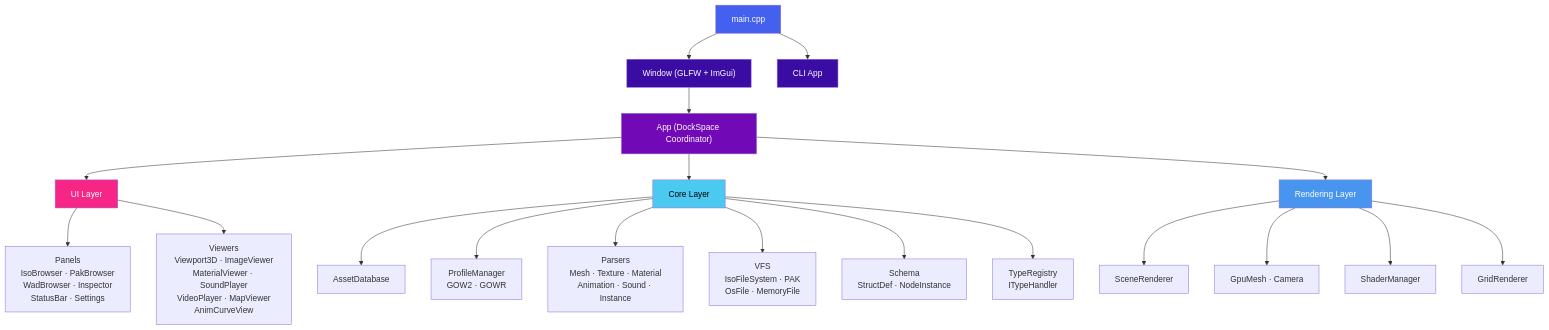
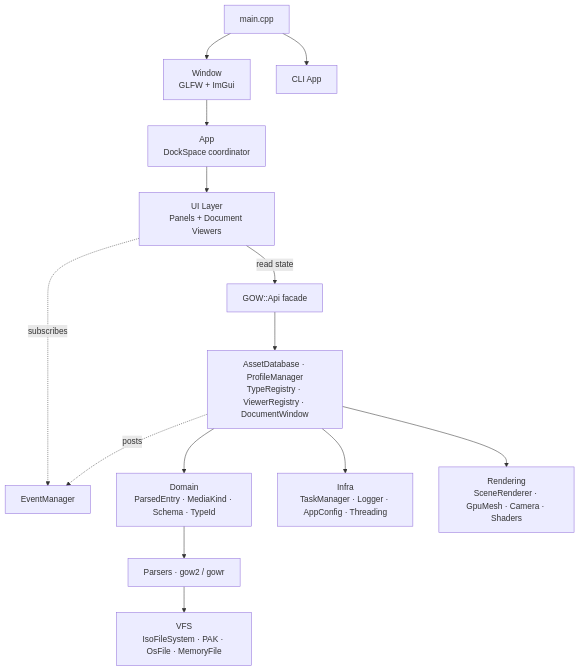
One commit to JeanxPereira/GoWToolkit changed the diagram in README.md. Above: the diagram before and after it, drawn with Mermaid. The commit also changed other lines of this file and 9 other files, not shown here.

First line of the commit message:
docs: relocate roadmap under docs/roadmap/, refresh state and README

````diff
--- a/README.md
+++ b/README.md
@@ -116,32 +119,22 @@
 ```mermaid
 graph TD
-    A["main.cpp"] --> B["Window (GLFW + ImGui)"]
-    A --> C["CLI App"]
-    B --> D["App (DockSpace Coordinator)"]
-    D --> E["UI Layer"]
-    D --> F["Core Layer"]
-    D --> G["Rendering Layer"]
+    M[main.cpp]
+    M --> WIN[Window<br/>GLFW + ImGui]
+    M --> CLI[CLI App]
+    WIN --> APP[App<br/>DockSpace coordinator]
 
-    E --> E1["Panels<br/>IsoBrowser · PakBrowser<br/>WadBrowser · Inspector<br/>StatusBar · Settings"]
-    E --> E2["Viewers<br/>Viewport3D · ImageViewer<br/>MaterialViewer · SoundPlayer<br/>VideoPlayer · MapViewer<br/>AnimCurveView"]
+    APP --> UI[UI Layer<br/>Panels + Document Viewers]
+    UI -->|read state| FAC[GOW::Api facade]
+    UI -.subscribes.-> BUS[EventManager]
 
-    F --> F1["AssetDatabase"]
-    F --> F2["ProfileManager<br/>GOW2 · GOWR"]
-    F --> F3["Parsers<br/>Mesh · Texture · Material<br/>Animation · Sound · Instance"]
-    F --> F4["VFS<br/>IsoFileSystem · PAK<br/>OsFile · MemoryFile"]
-    F --> F5["Schema<br/>StructDef · NodeInstance"]
-    F --> F6["TypeRegistry<br/>ITypeHandler"]
+    FAC --> SVC[AssetDatabase · ProfileManager<br/>TypeRegistry · ViewerRegistry · DocumentWindow]
+    SVC -.posts.-> BUS
 
-    G --> G1["SceneRenderer"]
-    G --> G2["GpuMesh · Camera"]
-    G --> G3["ShaderManager"]
-    G --> G4["GridRenderer"]
+    SVC --> DOM[Domain<br/>ParsedEntry · MediaKind · Schema · TypeId]
+    SVC --> INFRA[Infra<br/>TaskManager · Logger · AppConfig · Threading]
 
-    style A fill:#4361ee,color:#fff
-    style B fill:#3a0ca3,color:#fff
-    style C fill:#3a0ca3,color:#fff
-    style D fill:#7209b7,color:#fff
-    style E fill:#f72585,color:#fff
-    style F fill:#4cc9f0,color:#000
-    style G fill:#4895ef,color:#fff
+    DOM --> PAR[Parsers · gow2 / gowr]
+    PAR --> VFS[VFS<br/>IsoFileSystem · PAK · OsFile · MemoryFile]
+
+    SVC --> REN[Rendering<br/>SceneRenderer · GpuMesh · Camera · Shaders]
 ```
````
